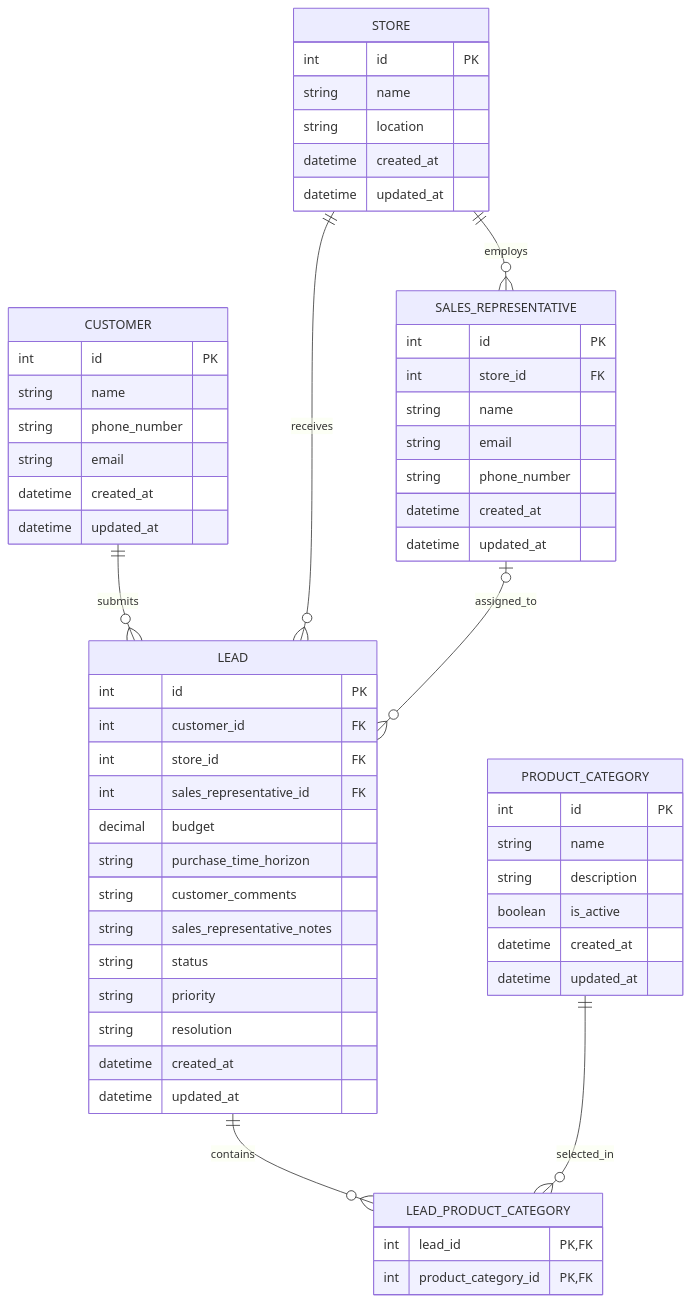
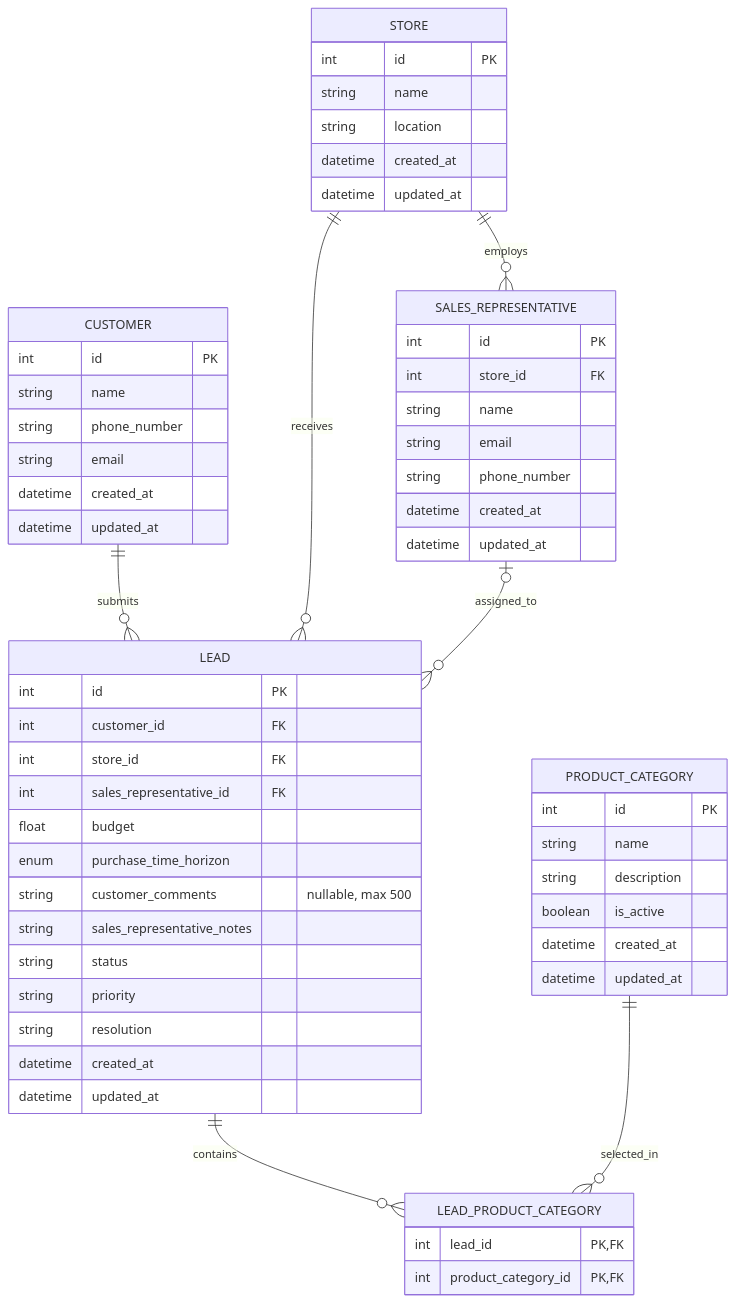
The diagram in backend/docs/database-design.md (JuanCode10/company-form-app), drawn with Mermaid before and after one commit. The commit also changed other lines of this file and 4 other files, not shown here.

````diff
--- a/backend/docs/database-design.md
+++ b/backend/docs/database-design.md
@@ -222,66 +221,66 @@
 ```mermaid
 erDiagram
     CUSTOMER ||--o{ LEAD : submits
     STORE ||--o{ LEAD : receives
     STORE ||--o{ SALES_REPRESENTATIVE : employs
     SALES_REPRESENTATIVE o|--o{ LEAD : assigned_to
     LEAD ||--o{ LEAD_PRODUCT_CATEGORY : contains
     PRODUCT_CATEGORY ||--o{ LEAD_PRODUCT_CATEGORY : selected_in
 
     CUSTOMER {
         int id PK
         string name
         string phone_number
         string email
         datetime created_at
         datetime updated_at
     }
 
     LEAD {
         int id PK
         int customer_id FK
         int store_id FK
         int sales_representative_id FK
-        decimal budget
-        string purchase_time_horizon
-        string customer_comments
+        float budget
+        enum purchase_time_horizon
+        string customer_comments "nullable, max 500"
         string sales_representative_notes
         string status
         string priority
         string resolution
         datetime created_at
         datetime updated_at
     }
 
     STORE {
         int id PK
         string name
         string location
         datetime created_at
         datetime updated_at
     }
 
     SALES_REPRESENTATIVE {
         int id PK
         int store_id FK
         string name
         string email
         string phone_number
         datetime created_at
         datetime updated_at
     }
 
     PRODUCT_CATEGORY {
         int id PK
         string name
         string description
         boolean is_active
         datetime created_at
         datetime updated_at
     }
 
     LEAD_PRODUCT_CATEGORY {
         int lead_id PK, FK
         int product_category_id PK, FK
     }
 ```
````
